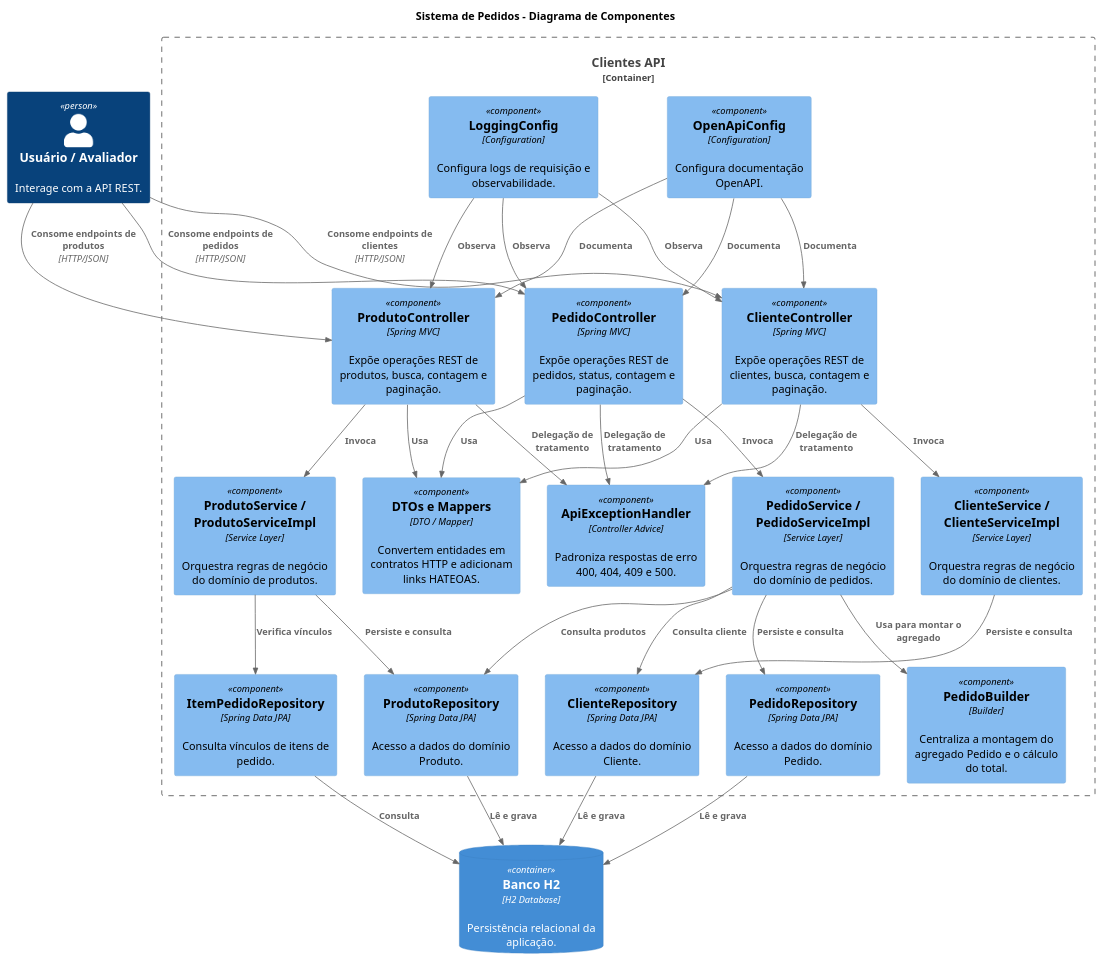
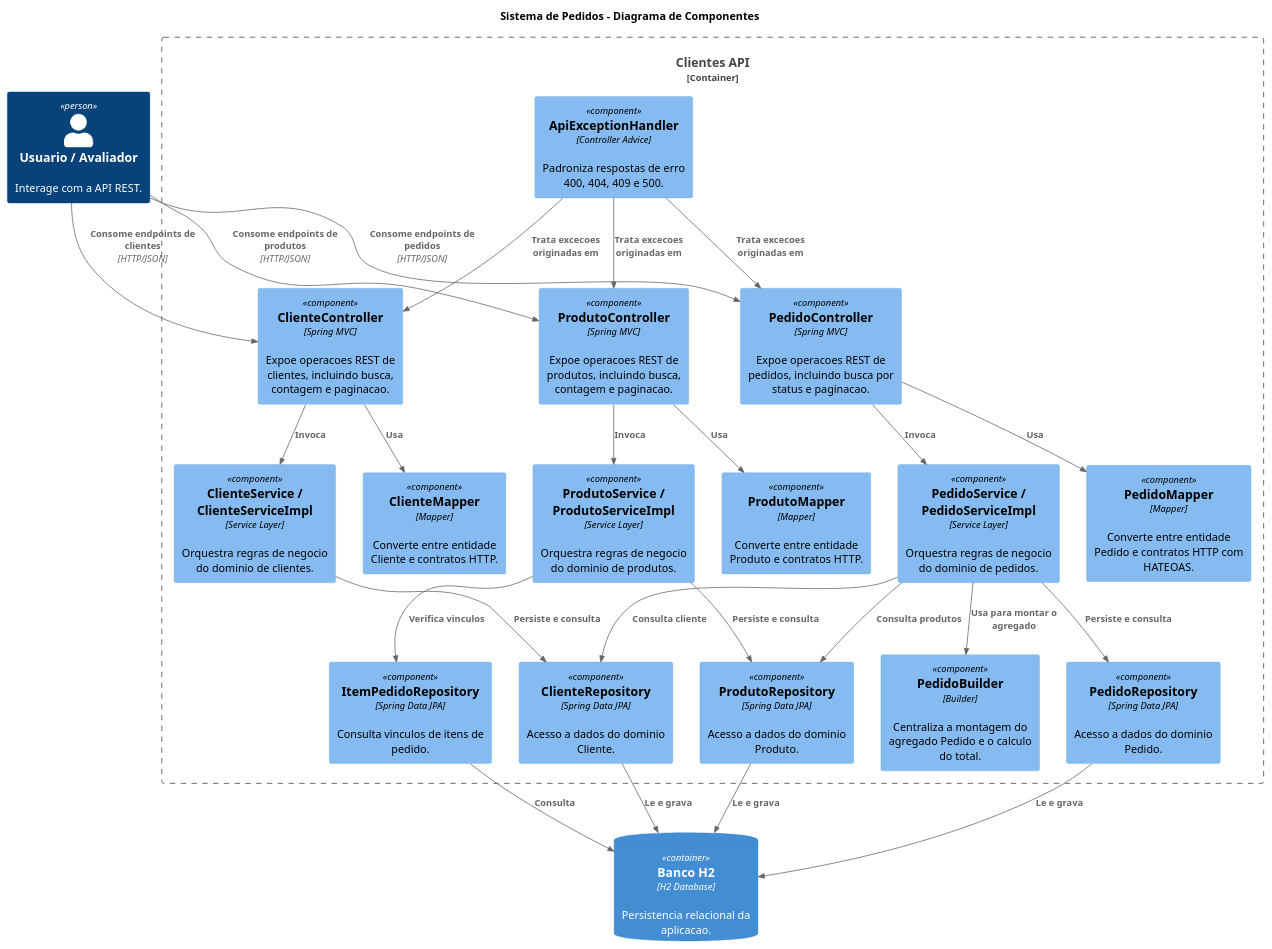
Before and after one commit to marcoaureliotomaz/PosXP-DesafioFinal: the diagram in doc/02-arquitetura/arquitetura-componentes.puml, drawn with PlantUML. The commit also changed 8 other files, not shown here.

```diff
--- a/doc/02-arquitetura/arquitetura-componentes.puml
+++ b/doc/02-arquitetura/arquitetura-componentes.puml
@@ -1,69 +1,63 @@
 @startuml
 !include https://raw.githubusercontent.com/plantuml-stdlib/C4-PlantUML/master/C4_Component.puml
 
 LAYOUT_TOP_DOWN()
 
 title Sistema de Pedidos - Diagrama de Componentes
 
-Person(usuario, "Usuário / Avaliador", "Interage com a API REST.")
-ContainerDb(h2, "Banco H2", "H2 Database", "Persistência relacional da aplicação.")
+Person(usuario, "Usuario / Avaliador", "Interage com a API REST.")
+ContainerDb(h2, "Banco H2", "H2 Database", "Persistencia relacional da aplicacao.")
 
 Container_Boundary(boundary_app, "Clientes API") {
-    Component(clienteController, "ClienteController", "Spring MVC", "Expõe operações REST de clientes, busca, contagem e paginação.")
-    Component(produtoController, "ProdutoController", "Spring MVC", "Expõe operações REST de produtos, busca, contagem e paginação.")
-    Component(pedidoController, "PedidoController", "Spring MVC", "Expõe operações REST de pedidos, status, contagem e paginação.")
+    Component(clienteController, "ClienteController", "Spring MVC", "Expoe operacoes REST de clientes, incluindo busca, contagem e paginacao.")
+    Component(produtoController, "ProdutoController", "Spring MVC", "Expoe operacoes REST de produtos, incluindo busca, contagem e paginacao.")
+    Component(pedidoController, "PedidoController", "Spring MVC", "Expoe operacoes REST de pedidos, incluindo busca por status e paginacao.")
 
-    Component(clienteService, "ClienteService / ClienteServiceImpl", "Service Layer", "Orquestra regras de negócio do domínio de clientes.")
-    Component(produtoService, "ProdutoService / ProdutoServiceImpl", "Service Layer", "Orquestra regras de negócio do domínio de produtos.")
-    Component(pedidoService, "PedidoService / PedidoServiceImpl", "Service Layer", "Orquestra regras de negócio do domínio de pedidos.")
+    Component(clienteService, "ClienteService / ClienteServiceImpl", "Service Layer", "Orquestra regras de negocio do dominio de clientes.")
+    Component(produtoService, "ProdutoService / ProdutoServiceImpl", "Service Layer", "Orquestra regras de negocio do dominio de produtos.")
+    Component(pedidoService, "PedidoService / PedidoServiceImpl", "Service Layer", "Orquestra regras de negocio do dominio de pedidos.")
 
-    Component(pedidoBuilder, "PedidoBuilder", "Builder", "Centraliza a montagem do agregado Pedido e o cálculo do total.")
+    Component(clienteMapper, "ClienteMapper", "Mapper", "Converte entre entidade Cliente e contratos HTTP.")
+    Component(produtoMapper, "ProdutoMapper", "Mapper", "Converte entre entidade Produto e contratos HTTP.")
+    Component(pedidoMapper, "PedidoMapper", "Mapper", "Converte entre entidade Pedido e contratos HTTP com HATEOAS.")
 
-    Component(clienteRepository, "ClienteRepository", "Spring Data JPA", "Acesso a dados do domínio Cliente.")
-    Component(produtoRepository, "ProdutoRepository", "Spring Data JPA", "Acesso a dados do domínio Produto.")
-    Component(pedidoRepository, "PedidoRepository", "Spring Data JPA", "Acesso a dados do domínio Pedido.")
-    Component(itemPedidoRepository, "ItemPedidoRepository", "Spring Data JPA", "Consulta vínculos de itens de pedido.")
+    Component(pedidoBuilder, "PedidoBuilder", "Builder", "Centraliza a montagem do agregado Pedido e o calculo do total.")
 
-    Component(mappers, "DTOs e Mappers", "DTO / Mapper", "Convertem entidades em contratos HTTP e adicionam links HATEOAS.")
+    Component(clienteRepository, "ClienteRepository", "Spring Data JPA", "Acesso a dados do dominio Cliente.")
+    Component(produtoRepository, "ProdutoRepository", "Spring Data JPA", "Acesso a dados do dominio Produto.")
+    Component(pedidoRepository, "PedidoRepository", "Spring Data JPA", "Acesso a dados do dominio Pedido.")
+    Component(itemPedidoRepository, "ItemPedidoRepository", "Spring Data JPA", "Consulta vinculos de itens de pedido.")
+
     Component(exceptionHandler, "ApiExceptionHandler", "Controller Advice", "Padroniza respostas de erro 400, 404, 409 e 500.")
-    Component(openApiConfig, "OpenApiConfig", "Configuration", "Configura documentação OpenAPI.")
-    Component(loggingConfig, "LoggingConfig", "Configuration", "Configura logs de requisição e observabilidade.")
 }
 
 Rel(usuario, clienteController, "Consome endpoints de clientes", "HTTP/JSON")
 Rel(usuario, produtoController, "Consome endpoints de produtos", "HTTP/JSON")
 Rel(usuario, pedidoController, "Consome endpoints de pedidos", "HTTP/JSON")
 
 Rel(clienteController, clienteService, "Invoca")
 Rel(produtoController, produtoService, "Invoca")
 Rel(pedidoController, pedidoService, "Invoca")
 
-Rel(clienteController, mappers, "Usa")
-Rel(produtoController, mappers, "Usa")
-Rel(pedidoController, mappers, "Usa")
+Rel(clienteController, clienteMapper, "Usa")
+Rel(produtoController, produtoMapper, "Usa")
+Rel(pedidoController, pedidoMapper, "Usa")
 
-Rel(clienteController, exceptionHandler, "Delegação de tratamento")
-Rel(produtoController, exceptionHandler, "Delegação de tratamento")
-Rel(pedidoController, exceptionHandler, "Delegação de tratamento")
+Rel(exceptionHandler, clienteController, "Trata excecoes originadas em")
+Rel(exceptionHandler, produtoController, "Trata excecoes originadas em")
+Rel(exceptionHandler, pedidoController, "Trata excecoes originadas em")
 
 Rel(clienteService, clienteRepository, "Persiste e consulta")
 Rel(produtoService, produtoRepository, "Persiste e consulta")
-Rel(produtoService, itemPedidoRepository, "Verifica vínculos")
+Rel(produtoService, itemPedidoRepository, "Verifica vinculos")
 Rel(pedidoService, pedidoRepository, "Persiste e consulta")
 Rel(pedidoService, clienteRepository, "Consulta cliente")
 Rel(pedidoService, produtoRepository, "Consulta produtos")
 Rel(pedidoService, pedidoBuilder, "Usa para montar o agregado")
 
-Rel(clienteRepository, h2, "Lê e grava")
-Rel(produtoRepository, h2, "Lê e grava")
-Rel(pedidoRepository, h2, "Lê e grava")
+Rel(clienteRepository, h2, "Le e grava")
+Rel(produtoRepository, h2, "Le e grava")
+Rel(pedidoRepository, h2, "Le e grava")
 Rel(itemPedidoRepository, h2, "Consulta")
 
-Rel(openApiConfig, clienteController, "Documenta")
-Rel(openApiConfig, produtoController, "Documenta")
-Rel(openApiConfig, pedidoController, "Documenta")
-Rel(loggingConfig, clienteController, "Observa")
-Rel(loggingConfig, produtoController, "Observa")
-Rel(loggingConfig, pedidoController, "Observa")
-
 @enduml
```
